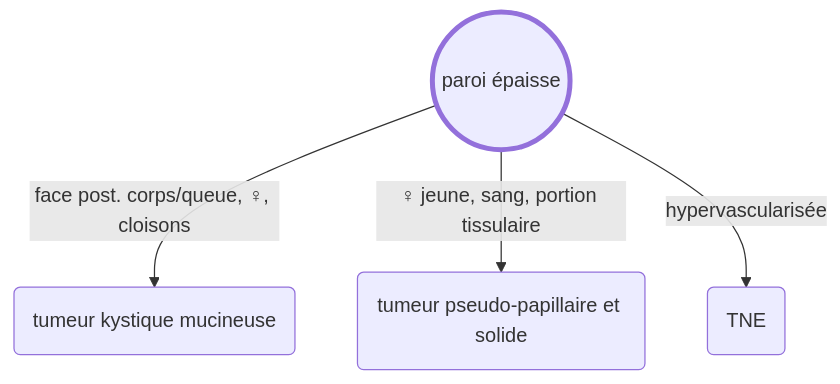
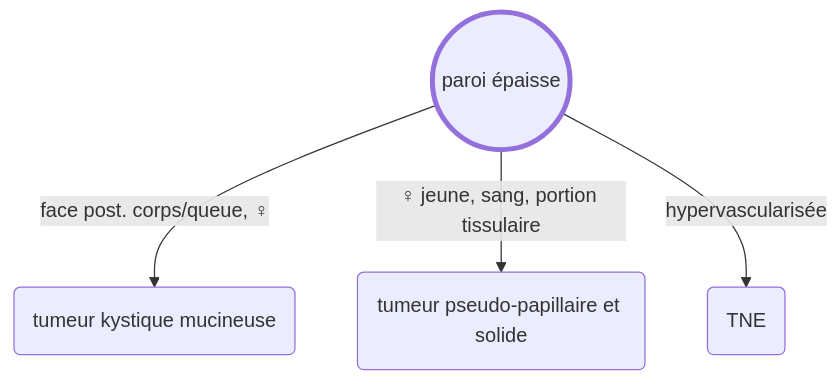
One commit to drlefevre/drlef changed the fourth of 5 diagrams in docs/dig/pancréas.md. Above: the diagram before and after it, drawn with Mermaid. The commit also changed other lines of this file and 1 other file, not shown here.

````diff
--- a/docs/dig/pancréas.md
+++ b/docs/dig/pancréas.md
@@ -88,7 +92,7 @@
     ``` mermaid
     flowchart TD
         style A stroke-width:4px
-        A((paroi épaisse)) -->|face post. corps/queue, ♀, cloisons| B(tumeur kystique mucineuse);
+        A((paroi épaisse)) -->|face post. corps/queue, ♀| B(tumeur kystique mucineuse);
         A -->|♀ jeune, sang, portion tissulaire| C(tumeur pseudo-papillaire et solide); 
         A -->|hypervascularisée| D(TNE); 
     ```
````
